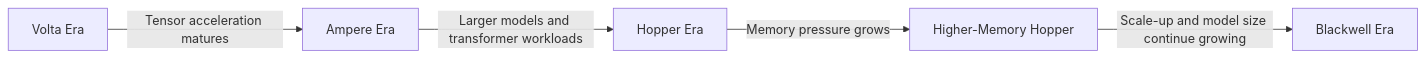
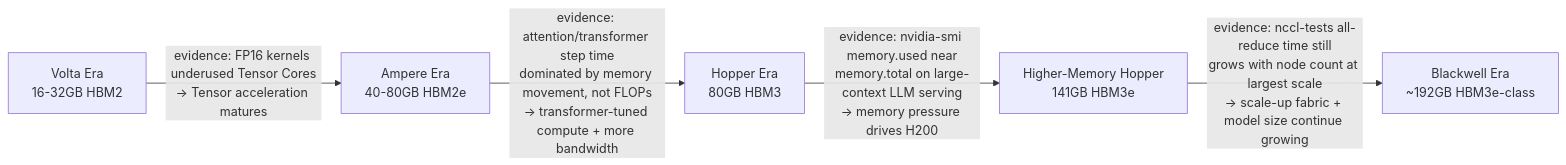
Before and after one commit to jithinpnjm/nvidia-devops: the first of 2 diagrams in docs/nvidia-zero-to-hero/volume-04/chapter-06-training-accelerators-v100-to-b200.md, drawn with Mermaid. The commit also changed other lines of this file and 6 other files, not shown here.

````diff
--- a/docs/nvidia-zero-to-hero/volume-04/chapter-06-training-accelerators-v100-to-b200.md
+++ b/docs/nvidia-zero-to-hero/volume-04/chapter-06-training-accelerators-v100-to-b200.md
@@ -41,13 +41,13 @@
 ```mermaid
 flowchart LR
-    V100[Volta Era]
-    A100[Ampere Era]
-    H100[Hopper Era]
-    H200[Higher-Memory Hopper]
-    B200[Blackwell Era]
+    V100["Volta Era<br/>16-32GB HBM2"]
+    A100["Ampere Era<br/>40-80GB HBM2e"]
+    H100["Hopper Era<br/>80GB HBM3"]
+    H200["Higher-Memory Hopper<br/>141GB HBM3e"]
+    B200["Blackwell Era<br/>~192GB HBM3e-class"]
 
-    V100 -->|Tensor acceleration matures| A100
-    A100 -->|Larger models and transformer workloads| H100
-    H100 -->|Memory pressure grows| H200
-    H200 -->|Scale-up and model size continue growing| B200
+    V100 -->|"evidence: FP16 kernels underused Tensor Cores<br/>→ Tensor acceleration matures"| A100
+    A100 -->|"evidence: attention/transformer step time<br/>dominated by memory movement, not FLOPs<br/>→ transformer-tuned compute + more bandwidth"| H100
+    H100 -->|"evidence: nvidia-smi memory.used near<br/>memory.total on large-context LLM serving<br/>→ memory pressure drives H200"| H200
+    H200 -->|"evidence: nccl-tests all-reduce time still<br/>grows with node count at largest scale<br/>→ scale-up fabric + model size continue growing"| B200
 ```
````
